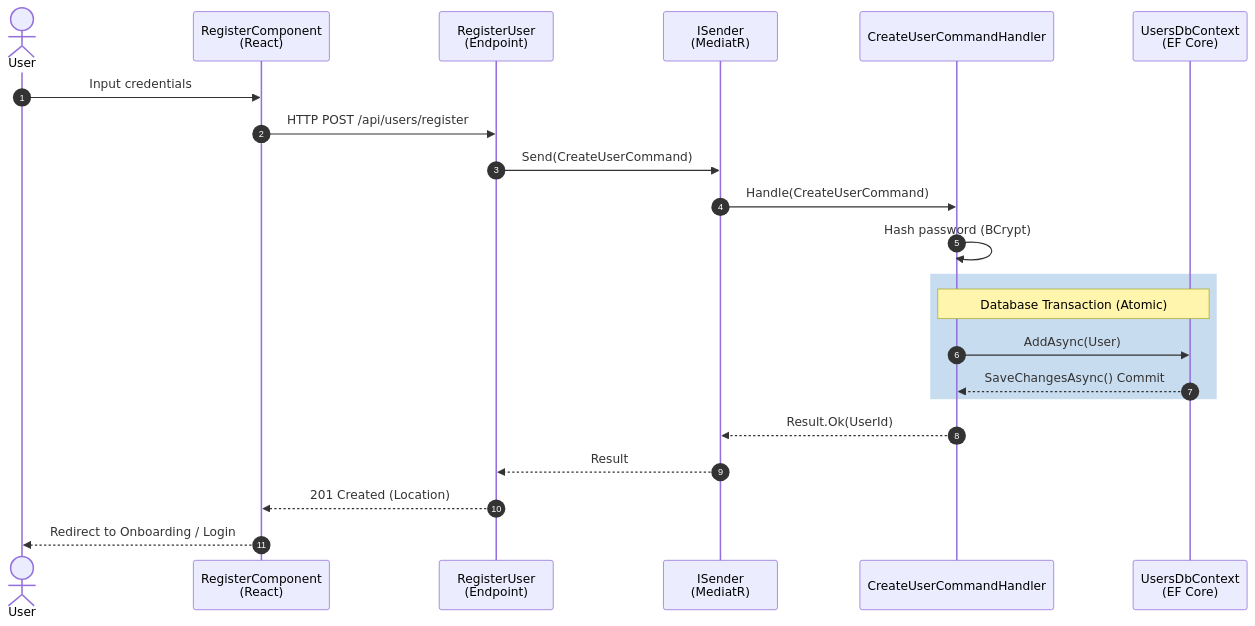
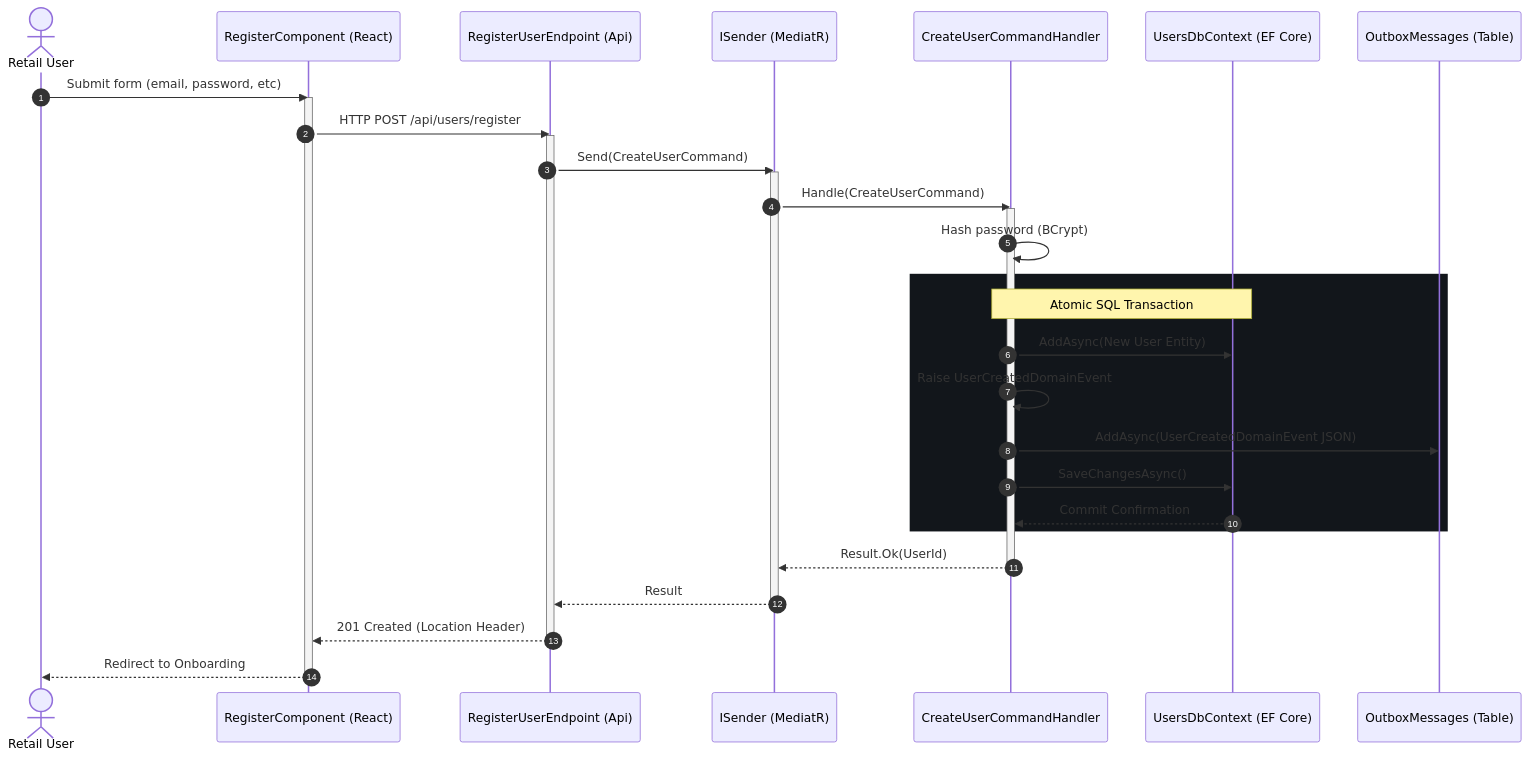
One commit to DA7-WTDS/Graduation-project changed the first of 5 diagrams in SEQUENCE_DIAGRAM.md. Above: the diagram before and after it, drawn with Mermaid. The commit also changed other lines of this file and 2 other files, not shown here.

Commit message:
docs: refactor UML diagrams for standard compliance and add comprehensive documentation for QuantWise architecture.

````diff
--- a/SEQUENCE_DIAGRAM.md
+++ b/SEQUENCE_DIAGRAM.md
@@ -11,27 +10,40 @@
 ```mermaid
 sequenceDiagram
     autonumber
-    actor User
-    participant Register as RegisterComponent<br/>(React)
-    participant Endpoint as RegisterUser<br/>(Endpoint)
-    participant MediatR as ISender<br/>(MediatR)
+    actor User as Retail User
+    participant UI as RegisterComponent (React)
+    participant API as RegisterUserEndpoint (Api)
+    participant Mediator as ISender (MediatR)
     participant Handler as CreateUserCommandHandler
-    participant DB as UsersDbContext<br/>(EF Core)
+    participant DB as UsersDbContext (EF Core)
+    participant Outbox as OutboxMessages (Table)
 
-    User->>Register: Input credentials
-    Register->>Endpoint: HTTP POST /api/users/register
-    Endpoint->>MediatR: Send(CreateUserCommand)
-    MediatR->>Handler: Handle(CreateUserCommand)
+    User->>UI: Submit form (email, password, etc)
+    activate UI
+    UI->>API: HTTP POST /api/users/register
+    activate API
+    API->>Mediator: Send(CreateUserCommand)
+    activate Mediator
+    Mediator->>Handler: Handle(CreateUserCommand)
+    activate Handler
+
     Handler->>Handler: Hash password (BCrypt)
-    
-    rect rgb(200, 220, 240)
-        note over Handler,DB: Database Transaction (Atomic)
-        Handler->>DB: AddAsync(User)
-        DB-->>Handler: SaveChangesAsync() Commit
+
+    rect rgb(18, 22, 27)
+        note over Handler, DB: Atomic SQL Transaction
+        Handler->>DB: AddAsync(New User Entity)
+        Handler->>Handler: Raise UserCreatedDomainEvent
+        Handler->>Outbox: AddAsync(UserCreatedDomainEvent JSON)
+        Handler->>DB: SaveChangesAsync()
+        DB-->>Handler: Commit Confirmation
     end
-    
-    Handler-->>MediatR: Result.Ok(UserId)
-    MediatR-->>Endpoint: Result
-    Endpoint-->>Register: 201 Created (Location)
-    Register-->>User: Redirect to Onboarding / Login
+
+    Handler-->>Mediator: Result.Ok(UserId)
+    deactivate Handler
+    Mediator-->>API: Result
+    deactivate Mediator
+    API-->>UI: 201 Created (Location Header)
+    deactivate API
+    UI-->>User: Redirect to Onboarding
+    deactivate UI
 ```
````
